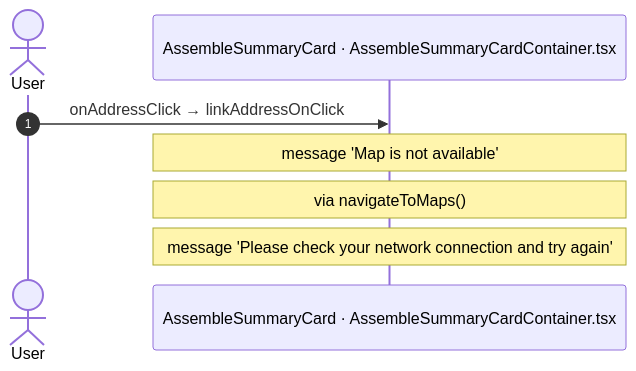
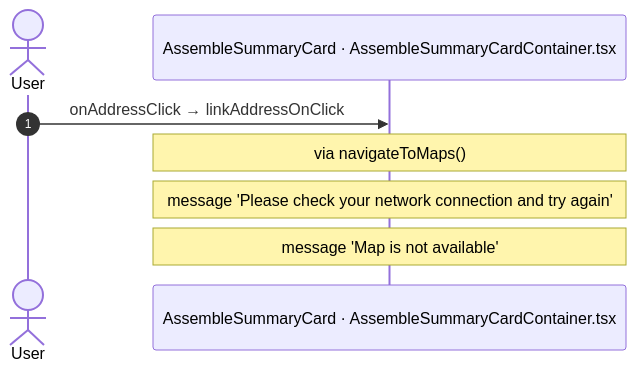
One commit to Phoenix-DX/connect-new-ui changed diagram 39 of 46 in route-actions/routes/AssembleEvents.md. Above: the diagram before and after it, drawn with Mermaid. The commit also changed other lines of this file and 5 other files, not shown here.

Commit message:
route actions: LDM_EventDetail_V2 checked (8 calls, 2 missing, 5 questions); tool: flow.events and objects through props resolve to the hook option; pageRedirect is an external link; URL targets are not routes

````diff
--- a/route-actions/routes/AssembleEvents.md
+++ b/route-actions/routes/AssembleEvents.md
@@ -655,10 +658,10 @@
 ```mermaid
 sequenceDiagram
   autonumber
   actor U as User
   participant H as AssembleSummaryCard · AssembleSummaryCardContainer.tsx
   U->>H: onAddressClick → linkAddressOnClick
-  Note over H: message 'Map is not available'
   Note over H: via navigateToMaps()
   Note over H: message 'Please check your network connection and try again'
+  Note over H: message 'Map is not available'
 ```
````
